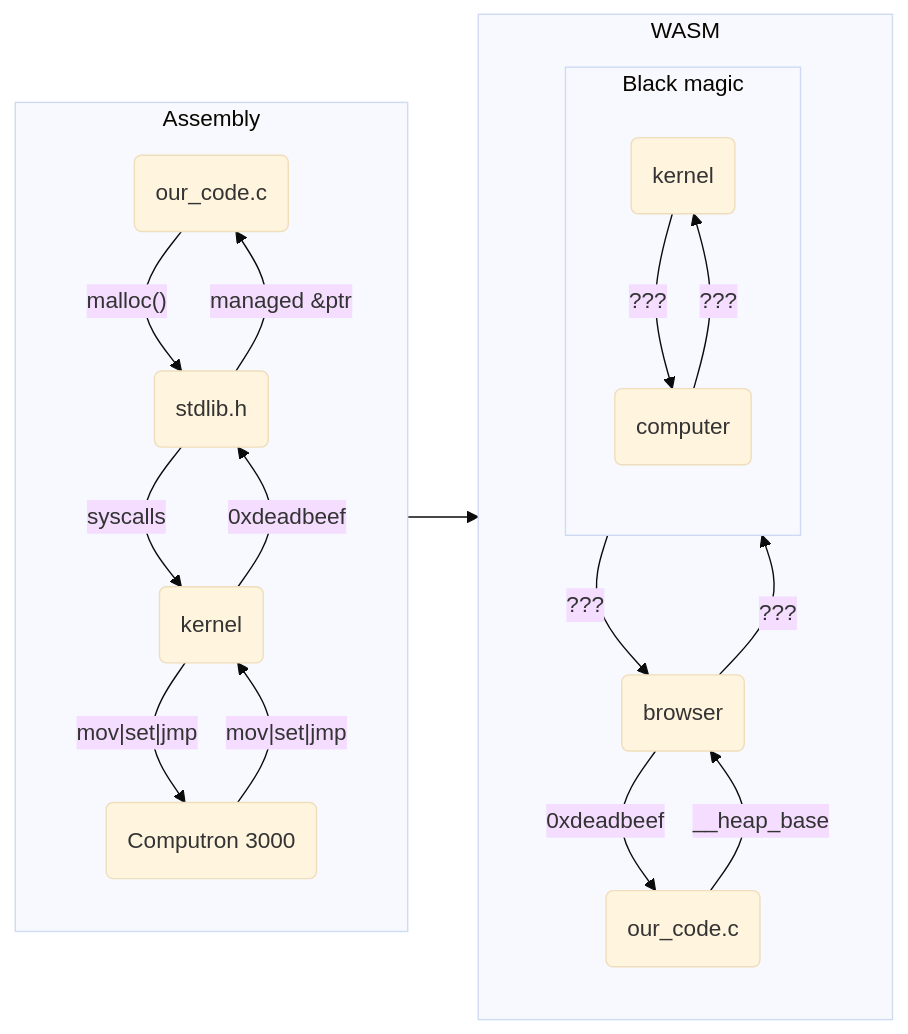
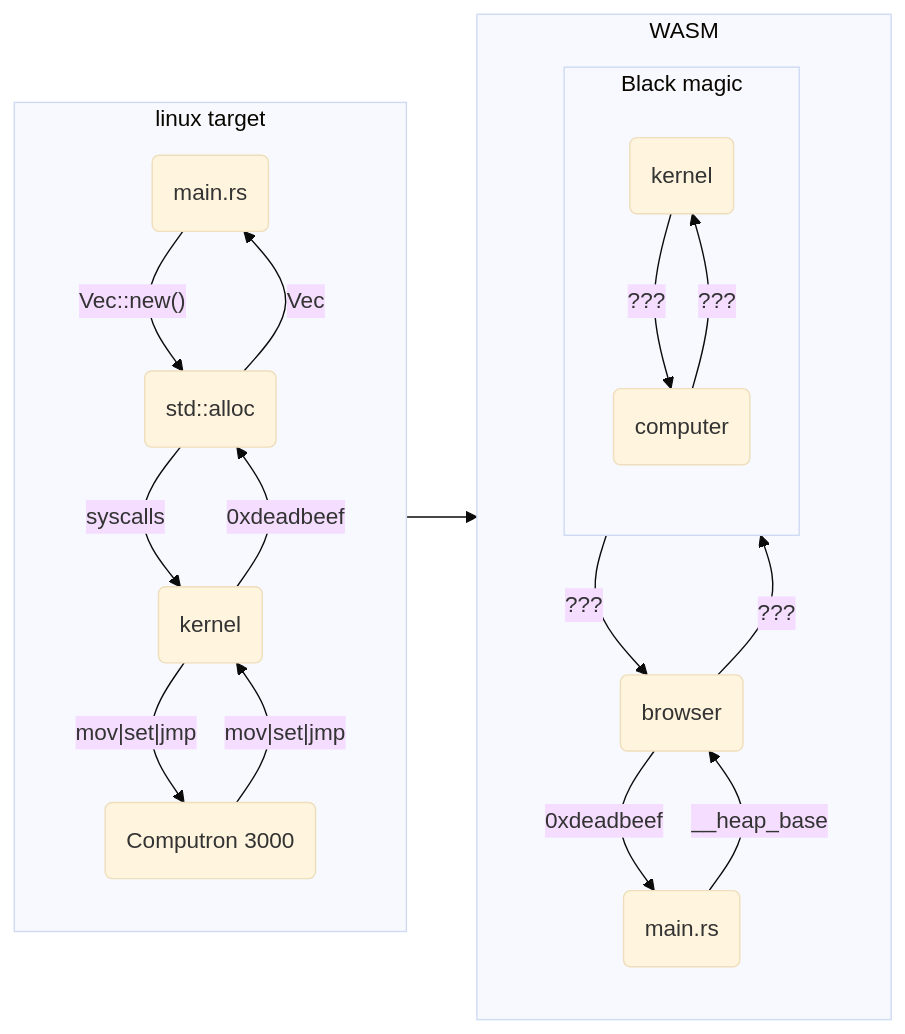
One commit to b-n/what-the-wasm changed the third of 3 diagrams in slides.md. Above: the diagram before and after it, drawn with Mermaid (base theme). The commit also changed other lines of this file and 13 other files, not shown here.

````diff
--- a/slides.md
+++ b/slides.md
@@ -554,33 +616,33 @@
 ```mermaid{theme: 'dark'}
 flowchart LR
-  subgraph asm [Assembly]
-    asm_code(our_code.c)
-    asm_library(stdlib.h)
+  subgraph asm [linux target]
+    asm_code(main.rs)
+    asm_library(std::alloc)
     asm_kernel(kernel)
     asm_computer(Computron 3000)
-    asm_code     --"malloc()"    --> asm_library
-    asm_library  --"managed &ptr"--> asm_code
+    asm_code     --"Vec::new()"  --> asm_library
+    asm_library  --"Vec<T>"      --> asm_code
     asm_library  --"syscalls"    --> asm_kernel
     asm_kernel   --"0xdeadbeef"  --> asm_library
     asm_kernel   --"mov|set|jmp" --> asm_computer
     asm_computer --"mov|set|jmp" --> asm_kernel
   end
 
   subgraph wasm [WASM]
-    wasm_code(our_code.c)
+    wasm_code(main.rs)
     wasm_runtime(browser)
     subgraph wasm_bm [Black magic]
       direction TB
       wasm_kernel(kernel)
       wasm_computer(computer)
     end
     wasm_code     --"__heap_base" --> wasm_runtime
     wasm_runtime  --"0xdeadbeef"  --> wasm_code
     wasm_runtime  --"???"         --> wasm_bm
-    wasm_bm   --"???"         --> wasm_runtime
+    wasm_bm       --"???"         --> wasm_runtime
     wasm_kernel   --"???"         --> wasm_computer
     wasm_computer --"???"         --> wasm_kernel
   end
 
   asm --> wasm
 ```
````
